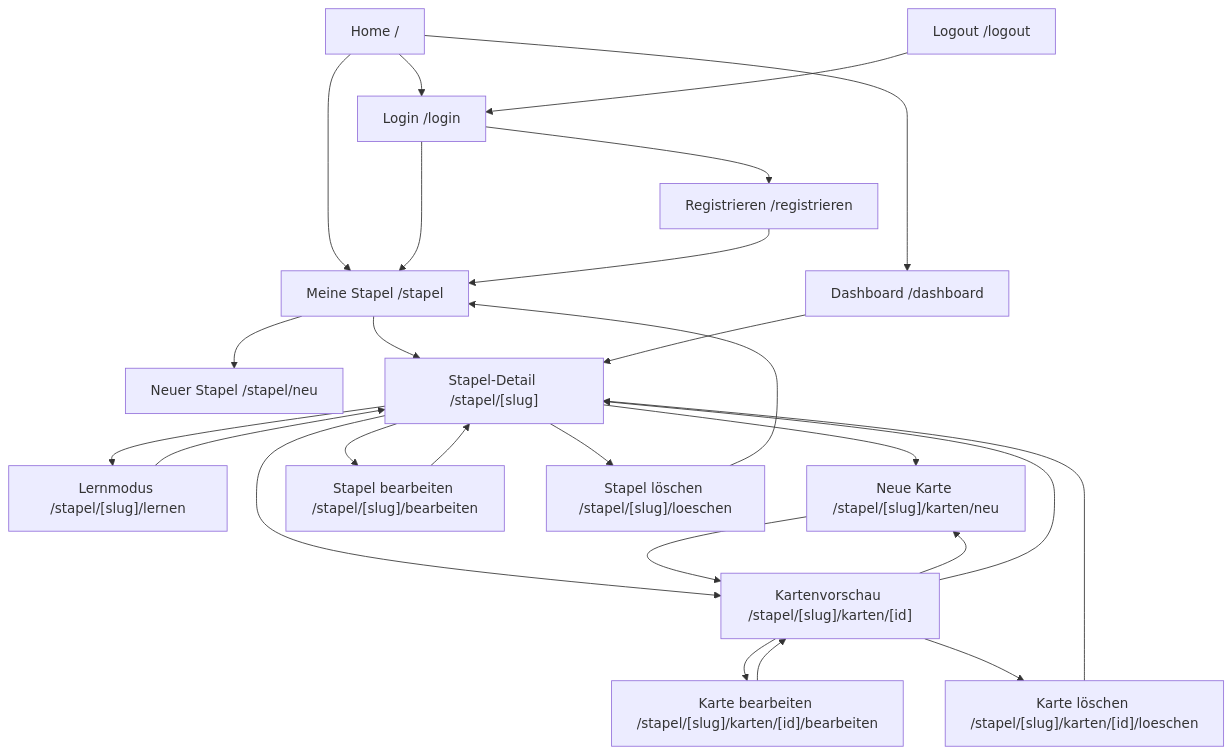
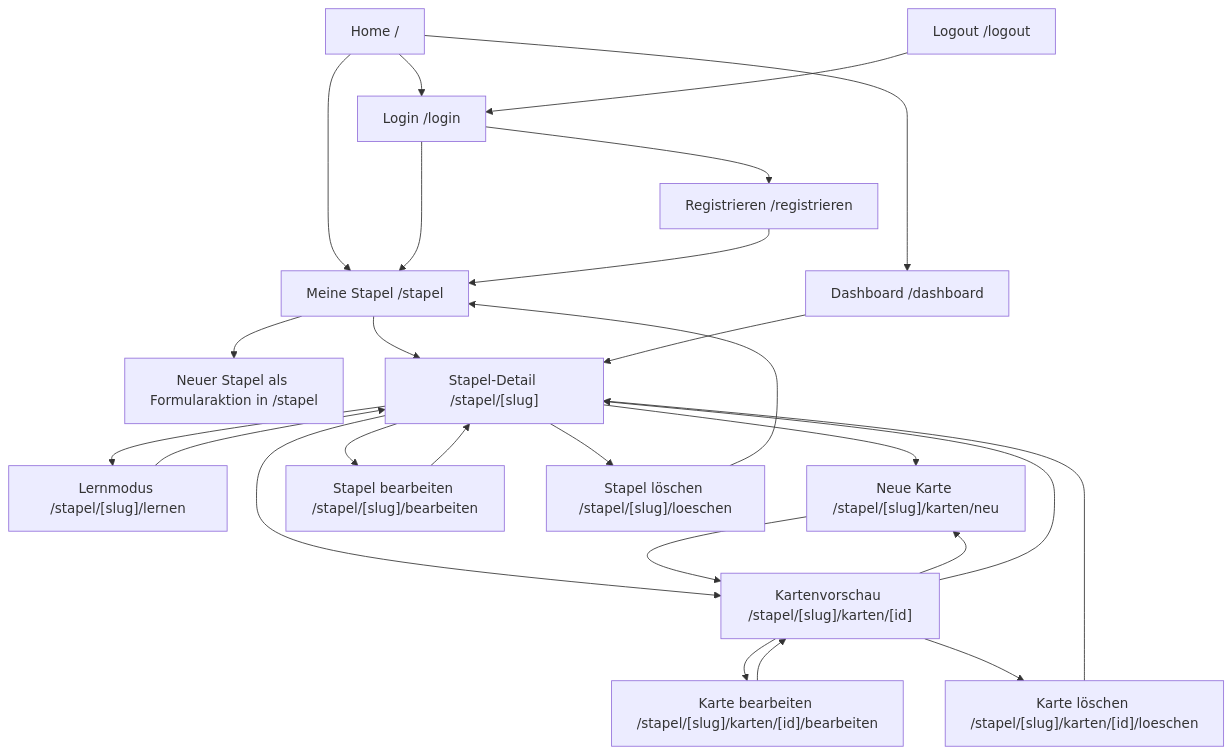
Before and after one commit to russoren1/PT-Karteikarten: the diagram in README.md, drawn with Mermaid. The commit also changed other lines of this file, not shown here.

````diff
--- a/README.md
+++ b/README.md
@@ -300,34 +300,34 @@
 ```mermaid
 flowchart TD
     Home["Home /"] --> Login["Login /login"]
     Home --> Stapel["Meine Stapel /stapel"]
     Home --> Dashboard["Dashboard /dashboard"]
 
     Login --> Registrieren["Registrieren /registrieren"]
     Login --> Stapel
     Registrieren --> Stapel
     Logout["Logout /logout"] --> Login
 
-    Stapel --> NeuerStapel["Neuer Stapel /stapel/neu"]
+    Stapel --> NeuerStapel["Neuer Stapel als Formularaktion in /stapel"]
     Stapel --> StapelDetail["Stapel-Detail /stapel/[slug]"]
 
     Dashboard --> StapelDetail
 
     StapelDetail --> Lernen["Lernmodus /stapel/[slug]/lernen"]
     StapelDetail --> NeueKarte["Neue Karte /stapel/[slug]/karten/neu"]
     StapelDetail --> Karte["Kartenvorschau /stapel/[slug]/karten/[id]"]
     StapelDetail --> StapelBearbeiten["Stapel bearbeiten /stapel/[slug]/bearbeiten"]
     StapelDetail --> StapelLoeschen["Stapel löschen /stapel/[slug]/loeschen"]
 
     NeueKarte --> Karte
     Karte --> KarteBearbeiten["Karte bearbeiten /stapel/[slug]/karten/[id]/bearbeiten"]
     Karte --> KarteLoeschen["Karte löschen /stapel/[slug]/karten/[id]/loeschen"]
     Karte --> NeueKarte
     Karte --> StapelDetail
 
     KarteBearbeiten --> Karte
     KarteLoeschen --> StapelDetail
     Lernen --> StapelDetail
     StapelBearbeiten --> StapelDetail
     StapelLoeschen --> Stapel
 ```
````
